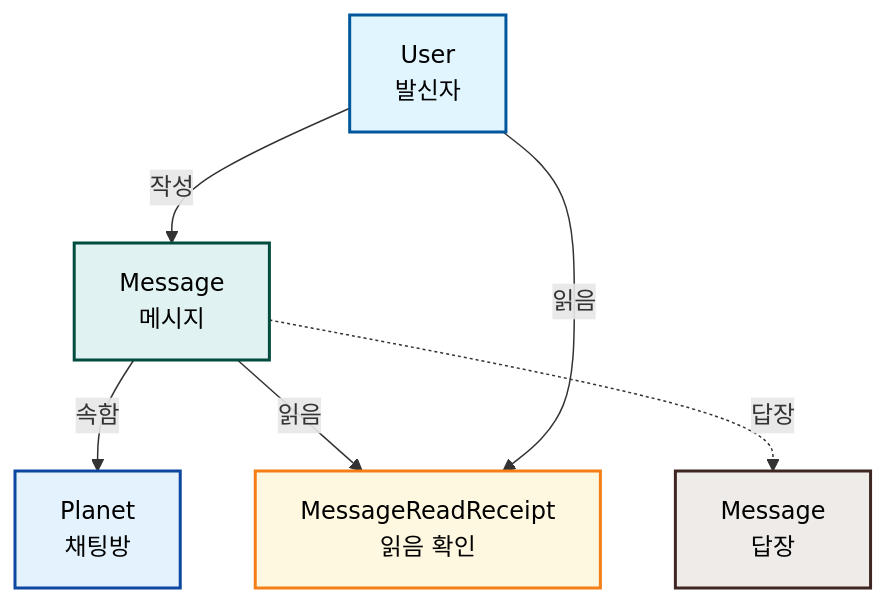
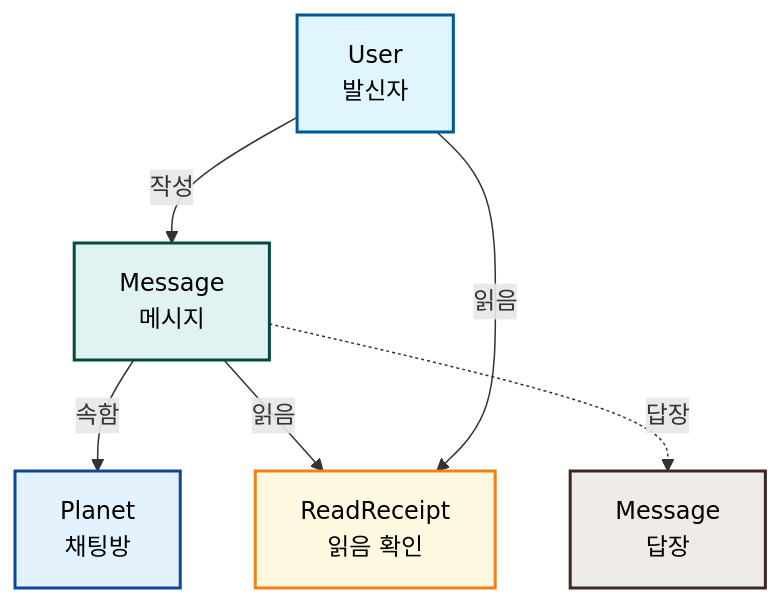
One commit to maximizest/connecto-nest changed the fifth of 9 diagrams in .md/entity-relationship-diagram.md. Above: the diagram before and after it, drawn with Mermaid. The commit also changed other lines of this file, not shown here.

````diff
--- a/.md/entity-relationship-diagram.md
+++ b/.md/entity-relationship-diagram.md
@@ -100,20 +131,20 @@
 ```mermaid
 graph TB
     Message[Message<br/>메시지]
     User[User<br/>발신자]
     Planet[Planet<br/>채팅방]
-    MessageReadReceipt[MessageReadReceipt<br/>읽음 확인]
+    ReadReceipt[ReadReceipt<br/>읽음 확인]
     ReplyMessage[Message<br/>답장]
     
     User -->|작성| Message
     Message -->|속함| Planet
-    Message -->|읽음| MessageReadReceipt
+    Message -->|읽음| ReadReceipt
     Message -.->|답장| ReplyMessage
-    User -->|읽음| MessageReadReceipt
+    User -->|읽음| ReadReceipt
     
     style User fill:#e1f5fe,stroke:#01579b,stroke-width:2px,color:#000
     style Planet fill:#e3f2fd,stroke:#0d47a1,stroke-width:2px,color:#000
     style Message fill:#e0f2f1,stroke:#004d40,stroke-width:2px,color:#000
-    style MessageReadReceipt fill:#fff8e1,stroke:#f57f17,stroke-width:2px,color:#000
+    style ReadReceipt fill:#fff8e1,stroke:#f57f17,stroke-width:2px,color:#000
     style ReplyMessage fill:#efebe9,stroke:#3e2723,stroke-width:2px,color:#000
 ```
````
